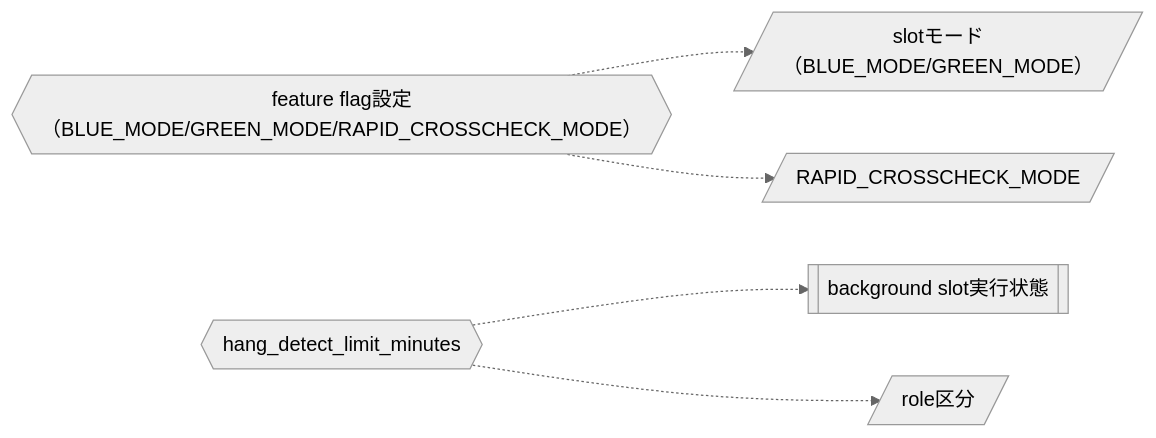
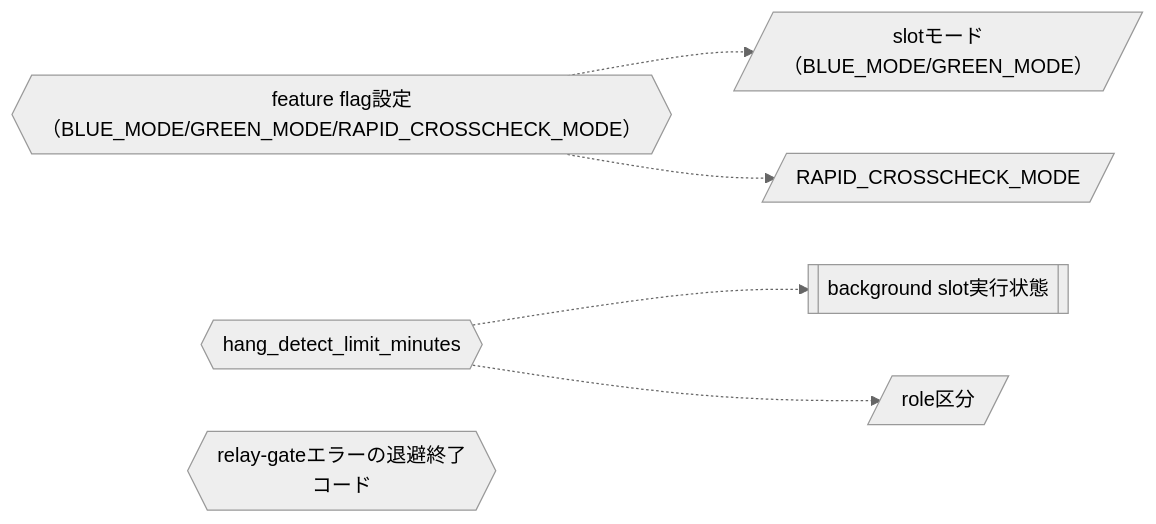
Before and after one commit to suwa-sh/relay-gate: the diagram in docs/rdra/latest/views/07_条件・バリエーション.md, drawn with Mermaid (neutral theme). The commit also changed other lines of this file and 972 other files, not shown here.

````diff
--- a/docs/rdra/latest/views/07_条件・バリエーション.md
+++ b/docs/rdra/latest/views/07_条件・バリエーション.md
@@ -9,13 +9,14 @@
 ```mermaid
 graph LR
   CD1{{"feature flag設定（BLUE_MODE/GREEN_MODE/RAPID_CROSSCHECK_MODE）"}}
   VR1[/"slotモード（BLUE_MODE/GREEN_MODE）"/]
   VR2[/"RAPID_CROSSCHECK_MODE"/]
   CD2{{"hang_detect_limit_minutes"}}
   SM1[["background slot実行状態"]]
   VR3[/"role区分"/]
+  CD3{{"relay-gateエラーの退避終了コード"}}
   CD1 -.-> VR1
   CD1 -.-> VR2
   CD2 -.-> SM1
   CD2 -.-> VR3
 ```
````
